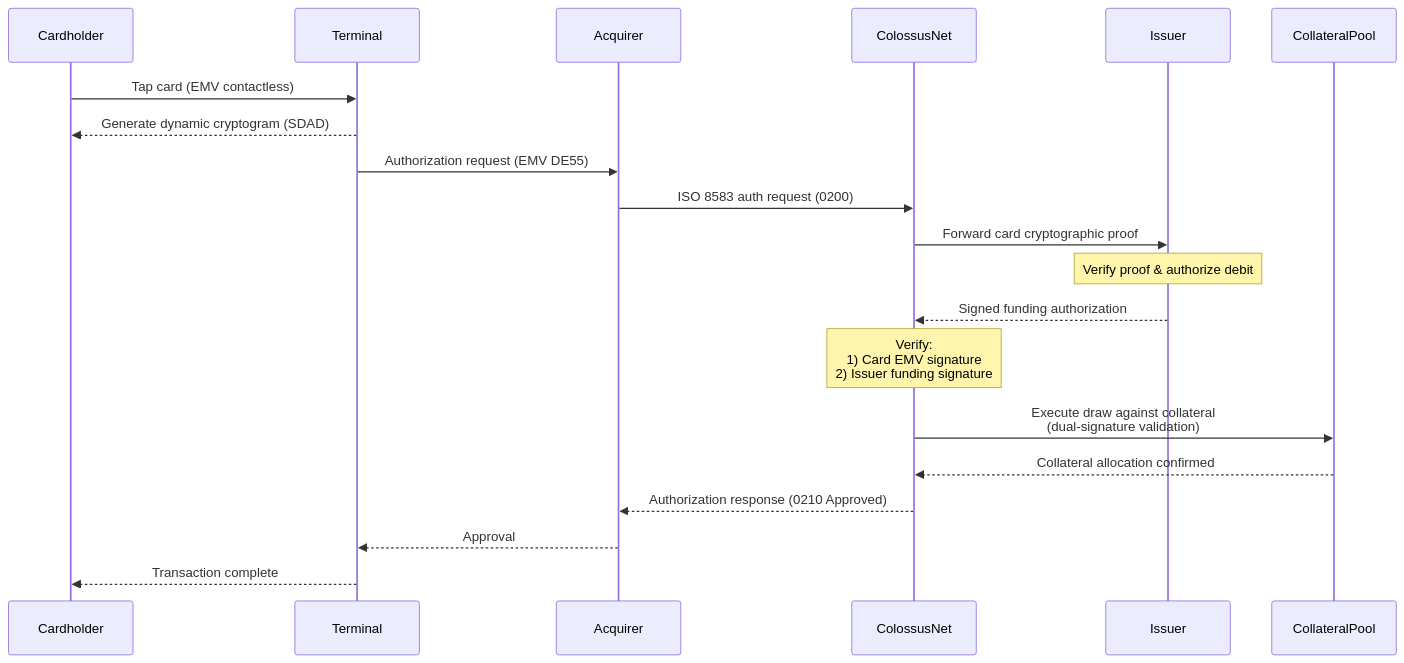
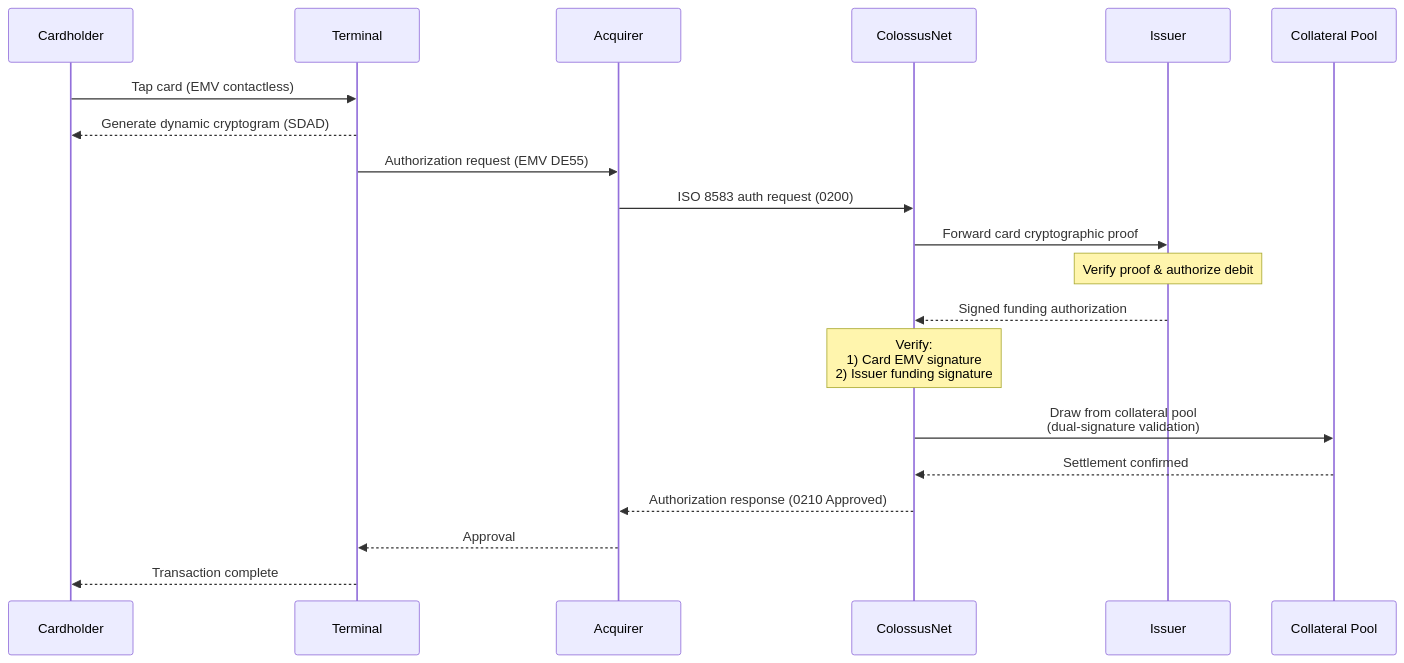
The second of 2 diagrams in content/docs/technical/transaction-flow.mdx (colossus-credit/docs), drawn with Mermaid before and after one commit. The commit also changed other lines of this file and 10 other files, not shown here.

````diff
--- a/content/docs/technical/transaction-flow.mdx
+++ b/content/docs/technical/transaction-flow.mdx
@@ -56,23 +57,23 @@
 ```mermaid
 sequenceDiagram
     participant CH as Cardholder
     participant POS as Terminal
     participant ACQ as Acquirer
     participant CN as ColossusNet
     participant ISS as Issuer
-    participant COL as CollateralPool
+    participant COL as Collateral Pool
 
     CH->>POS: Tap card (EMV contactless)
     POS-->>CH: Generate dynamic cryptogram (SDAD)
     POS->>ACQ: Authorization request (EMV DE55)
     ACQ->>CN: ISO 8583 auth request (0200)
     CN->>ISS: Forward card cryptographic proof
     Note over ISS: Verify proof & authorize debit
     ISS-->>CN: Signed funding authorization
     Note over CN: Verify:<br/>1) Card EMV signature<br/>2) Issuer funding signature
-    CN->>COL: Execute draw against collateral<br/>(dual-signature validation)
-    COL-->>CN: Collateral allocation confirmed
+    CN->>COL: Draw from collateral pool<br/>(dual-signature validation)
+    COL-->>CN: Settlement confirmed
     CN-->>ACQ: Authorization response (0210 Approved)
     ACQ-->>POS: Approval
     POS-->>CH: Transaction complete
 ```
````
